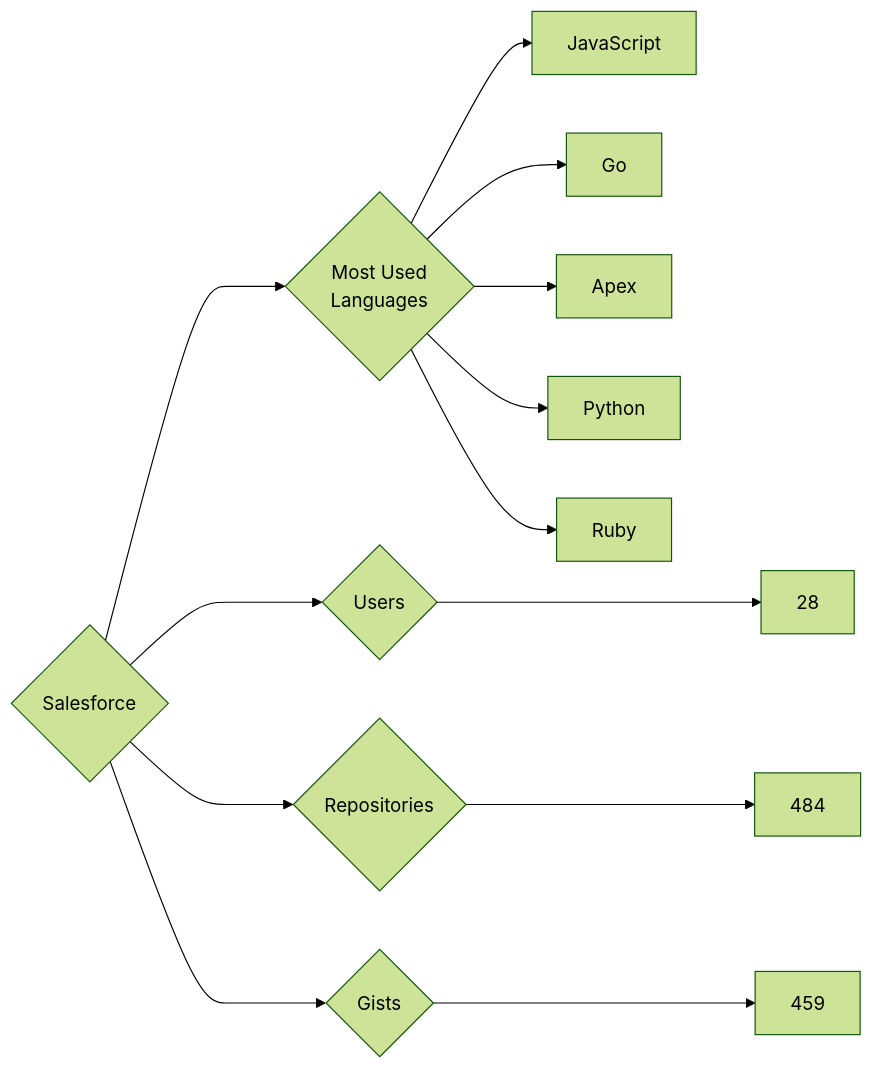
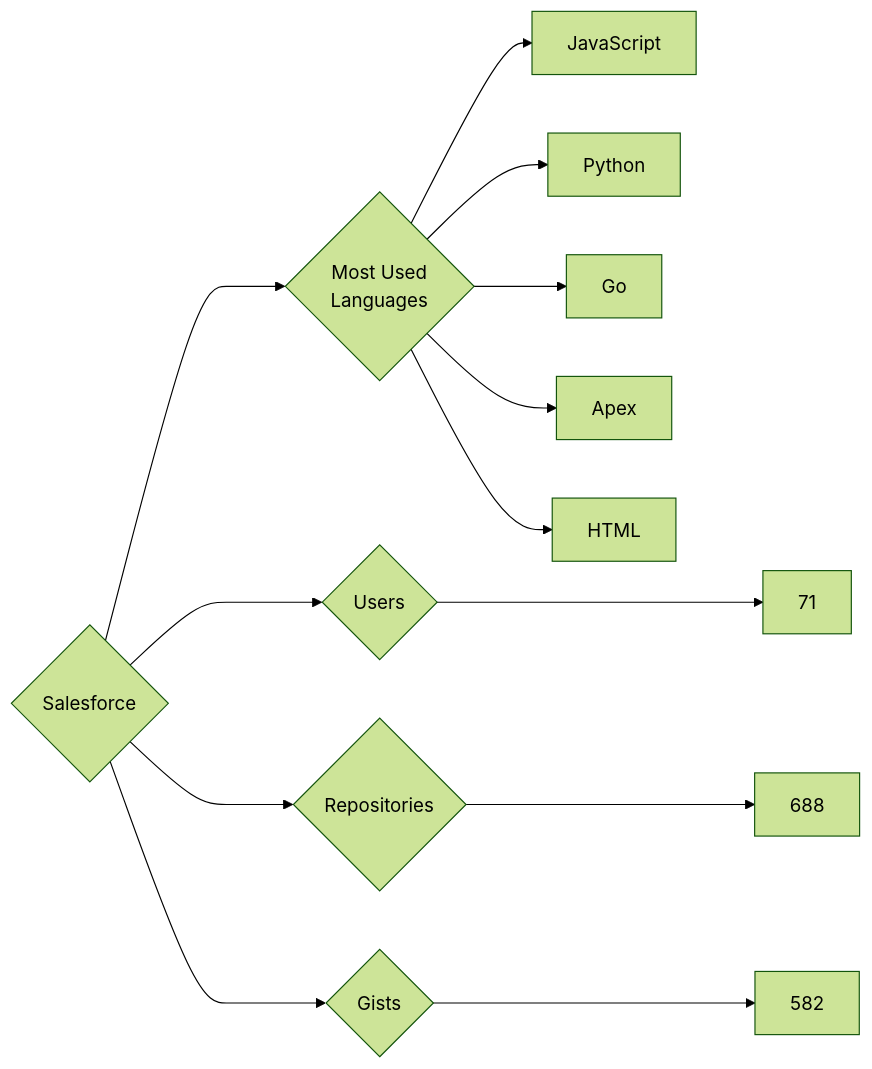
Before and after one commit to trickest/insiders: the diagram in targets/Salesforce/README.md, drawn with Mermaid (forest theme). The commit also changed 965 other files, not shown here.

````diff
--- a/targets/Salesforce/README.md
+++ b/targets/Salesforce/README.md
@@ -3,13 +3,13 @@
 ```mermaid
 graph LR
 COMPANY_NAME{Salesforce}
-COMPANY_NAME ---> U{Users} ---> UN[28]
-COMPANY_NAME ---> R{Repositories} ---> RN[484]
-COMPANY_NAME ---> G{Gists} ---> GN[459]
+COMPANY_NAME ---> U{Users} ---> UN[71]
+COMPANY_NAME ---> R{Repositories} ---> RN[688]
+COMPANY_NAME ---> G{Gists} ---> GN[582]
 COMPANY_NAME ---> ML{Most Used<br>Languages}
 ML --> JavaScript[JavaScript]
+ML --> Python[Python]
 ML --> Go[Go]
 ML --> Apex[Apex]
-ML --> Python[Python]
-ML --> Ruby[Ruby]
+ML --> HTML[HTML]
 ```
````
